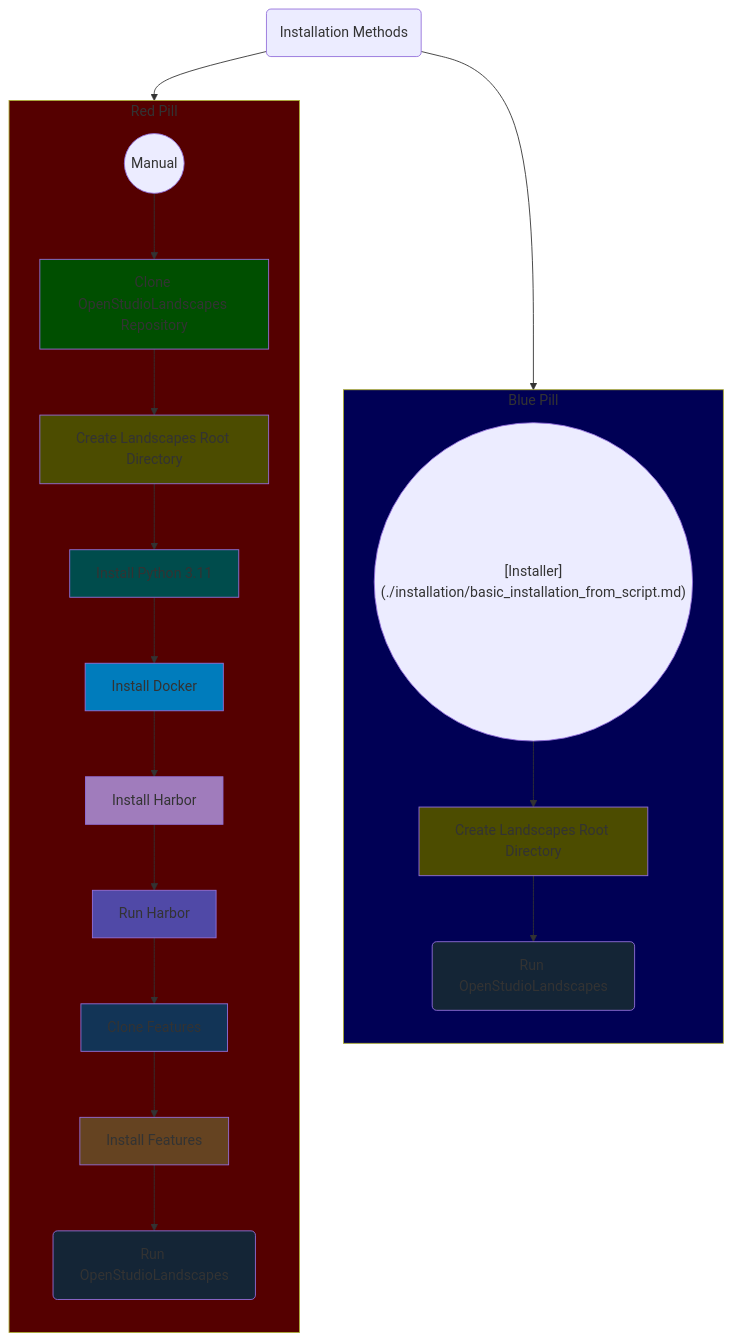
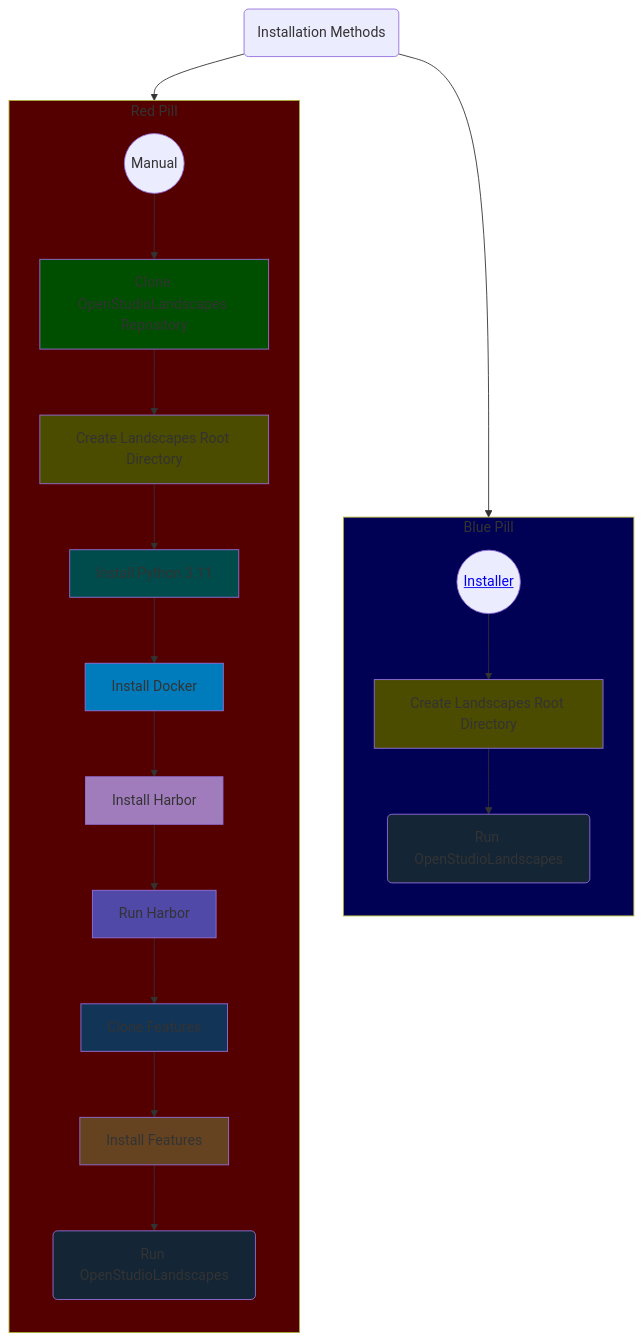
One commit to michimussato/OpenStudioLandscapes changed the first of 3 diagrams in wiki/README.md. Above: the diagram before and after it, drawn with Mermaid.

```diff
--- a/wiki/README.md
+++ b/wiki/README.md
@@ -60,7 +60,7 @@
     click manual "/installation/basic_installation.md#basic-installation"
     %% docker((Docker))
     %% click docker "/installation/basic_installation.md#install-docker"
-    script(("`[Installer](./installation/basic_installation_from_script.md)`"))
+    script(("<a href='installation/basic_installation_from_script.md'>Installer</a>"))
     %% click script href "#contributors"
 
     classDef clone_repo fill:#004f00;
```
